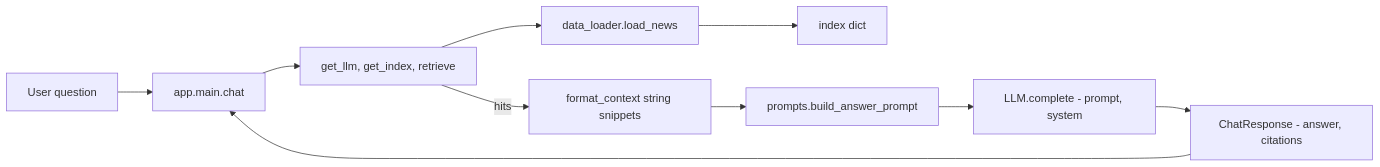
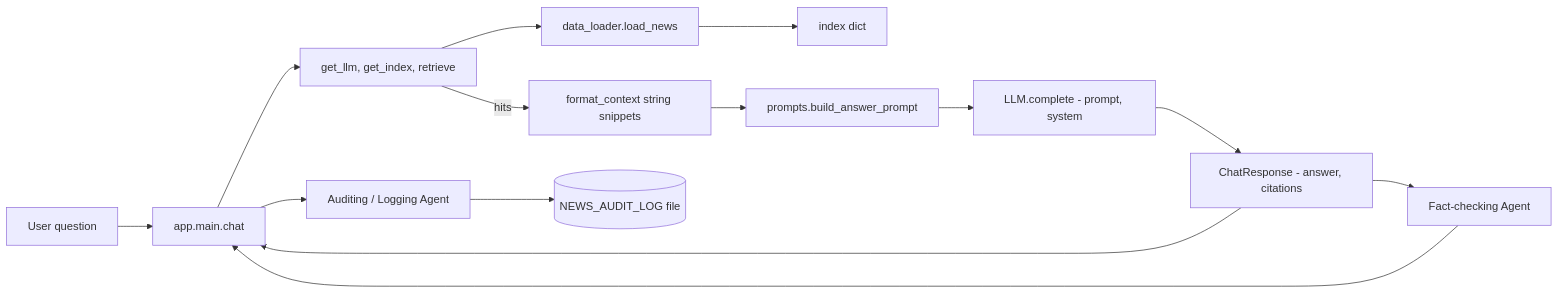
One commit to DhananjoyDas/financial-news-rag changed the third of 3 diagrams in README.md. Above: the diagram before and after it, drawn with Mermaid. The commit also changed other lines of this file and 11 other files, not shown here.

Commit message:
[JIRA-2] minimal Agent support for validation and auditing

````diff
--- a/README.md
+++ b/README.md
@@ -115,12 +130,18 @@
 ```mermaid
 flowchart LR
     A[User question] --> B[app.main.chat]
     B --> C[get_llm, get_index, retrieve]
     C --> D[data_loader.load_news]
     D --> E[index dict]
     C -->|hits| F[format_context string snippets]
     F --> G[prompts.build_answer_prompt]
-    G --> H[LLM.complete - prompt, system]
-    H --> I[ChatResponse - answer, citations]
-    I --> B
+  G --> H[LLM.complete - prompt, system]
+  H --> I[ChatResponse - answer, citations]
+  %% Fact-checking agent verifies key claims against the context
+  I --> FCA[Fact-checking Agent]
+  FCA --> B[app.main.chat]
+  %% Auditing / Logging agent records the transaction
+  B --> AUD[Auditing / Logging Agent]
+  AUD --> LOGS[(NEWS_AUDIT_LOG file)]
+  I --> B
 ```
````
